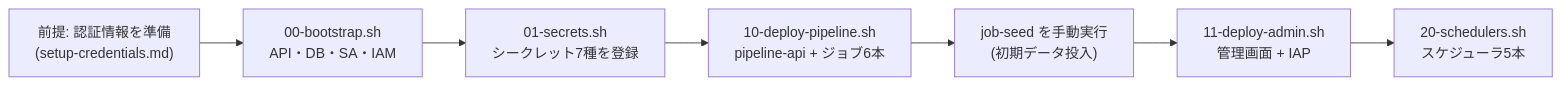
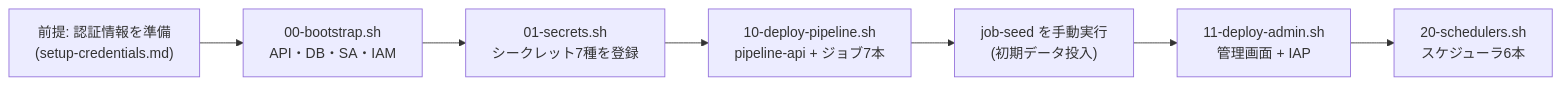
One commit to moc9058/trend-news-generator changed the diagram in docs/tech-report/05-detailed-design/08-infra.md. Above: the diagram before and after it, drawn with Mermaid. The commit also changed other lines of this file and 41 other files, not shown here.

````diff
--- a/docs/tech-report/05-detailed-design/08-infra.md
+++ b/docs/tech-report/05-detailed-design/08-infra.md
@@ -15,9 +15,9 @@
 ```mermaid
 flowchart LR
     PRE["前提: 認証情報を準備<br/>(setup-credentials.md)"] --> B00["00-bootstrap.sh<br/>API・DB・SA・IAM"]
     B00 --> S01["01-secrets.sh<br/>シークレット7種を登録"]
-    S01 --> P10["10-deploy-pipeline.sh<br/>pipeline-api + ジョブ6本"]
+    S01 --> P10["10-deploy-pipeline.sh<br/>pipeline-api + ジョブ7本"]
     P10 --> SEED["job-seed を手動実行<br/>(初期データ投入)"]
     SEED --> A11["11-deploy-admin.sh<br/>管理画面 + IAP"]
-    A11 --> SC20["20-schedulers.sh<br/>スケジューラ5本"]
+    A11 --> SC20["20-schedulers.sh<br/>スケジューラ6本"]
 ```
````
